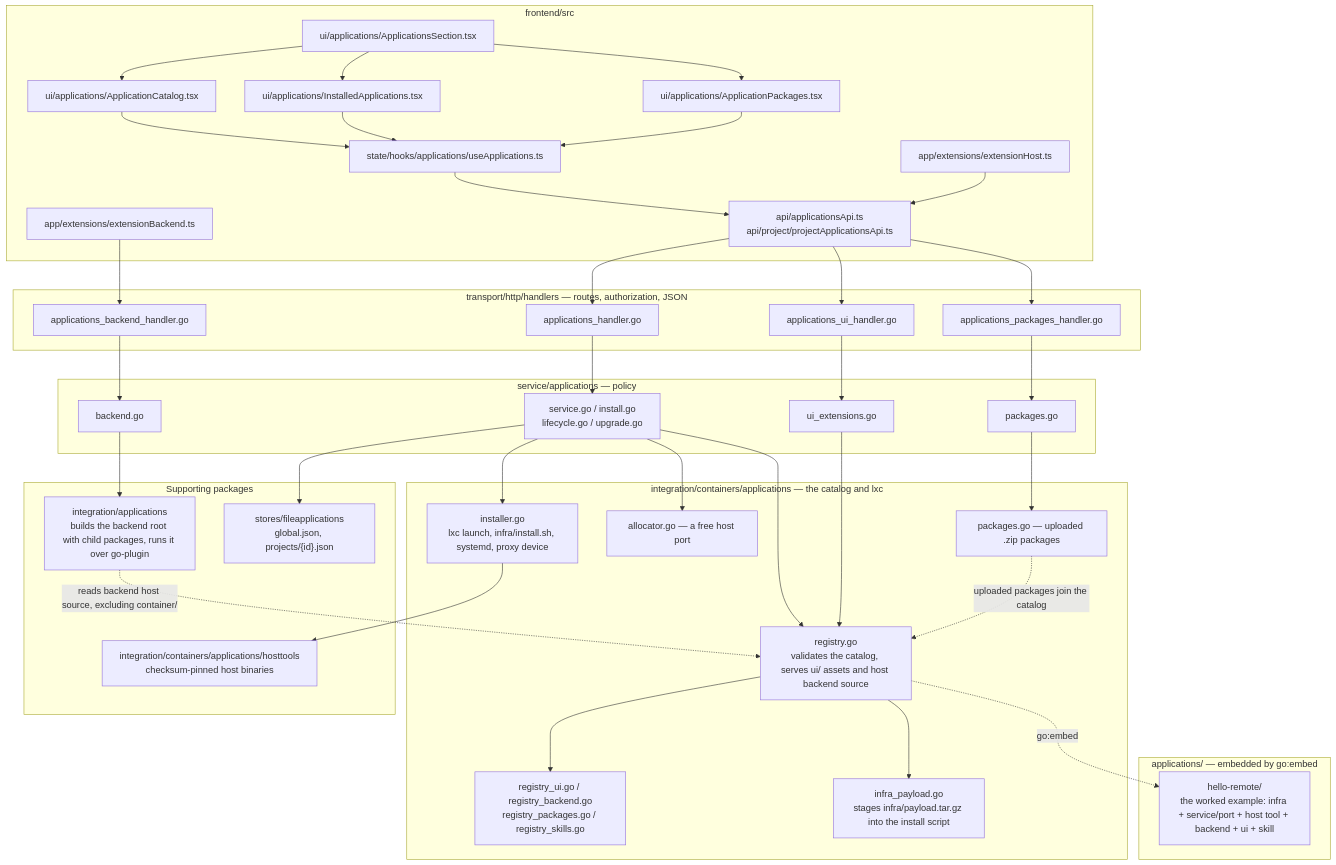
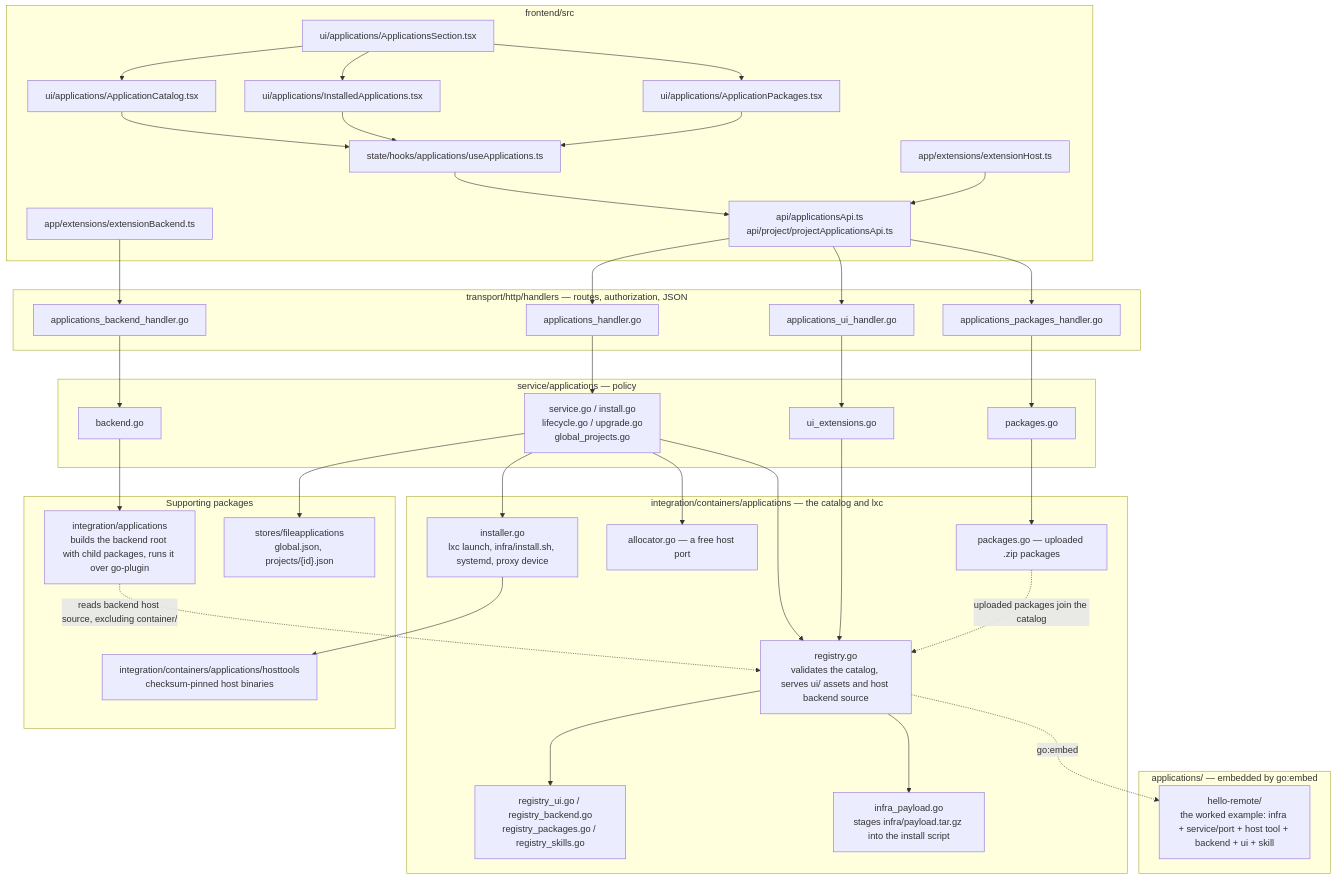
Before and after one commit to futrx-com/remote.futrx: the first of 2 diagrams in docs/dev/installable-applications/01-overview.md, drawn with Mermaid. The commit also changed other lines of this file and 3 other files, not shown here.

````diff
--- a/docs/dev/installable-applications/01-overview.md
+++ b/docs/dev/installable-applications/01-overview.md
@@ -142,79 +142,79 @@
 ```mermaid
 flowchart TB
     subgraph Frontend["frontend/src"]
         FE_Section["ui/applications/ApplicationsSection.tsx"]
         FE_Catalog["ui/applications/ApplicationCatalog.tsx"]
         FE_Installed["ui/applications/InstalledApplications.tsx"]
         FE_Packages["ui/applications/ApplicationPackages.tsx"]
         FE_Hook["state/hooks/applications/useApplications.ts"]
         FE_Api["api/applicationsApi.ts<br/>api/project/projectApplicationsApi.ts"]
         FE_ExtHost["app/extensions/extensionHost.ts"]
         FE_ExtBackend["app/extensions/extensionBackend.ts"]
     end
 
     subgraph HTTP["transport/http/handlers — routes, authorization, JSON"]
         H_Main["applications_handler.go"]
         H_UI["applications_ui_handler.go"]
         H_Backend["applications_backend_handler.go"]
         H_Packages["applications_packages_handler.go"]
     end
 
     subgraph Service["service/applications — policy"]
-        S_Service["service.go / install.go<br/>lifecycle.go / upgrade.go"]
+        S_Service["service.go / install.go<br/>lifecycle.go / upgrade.go<br/>global_projects.go"]
         S_UIExt["ui_extensions.go"]
         S_Backend["backend.go"]
         S_Packages["packages.go"]
     end
 
     subgraph Integration["integration/containers/applications — the catalog and lxc"]
         I_Registry["registry.go<br/>validates the catalog, serves ui/ assets and host backend source"]
         I_RegParts["registry_ui.go / registry_backend.go<br/>registry_packages.go / registry_skills.go"]
         I_Payload["infra_payload.go<br/>stages infra/payload.tar.gz into the install script"]
         I_Installer["installer.go<br/>lxc launch, infra/install.sh, systemd, proxy device"]
         I_Allocator["allocator.go — a free host port"]
         I_Packages["packages.go — uploaded .zip packages"]
     end
 
     subgraph Support["Supporting packages"]
         P_ApplicationHost["integration/applications<br/>builds the backend root with child packages, runs it over go-plugin"]
         P_FileApps["stores/fileapplications<br/>global.json, projects/{id}.json"]
         P_HostTools["integration/containers/applications/hosttools<br/>checksum-pinned host binaries"]
     end
 
     subgraph Catalog["applications/ — embedded by go:embed"]
         C_Hello["hello-remote/<br/>the worked example: infra + service/port + host tool + backend + ui + skill"]
     end
 
     FE_Section --> FE_Catalog
     FE_Section --> FE_Installed
     FE_Section --> FE_Packages
     FE_Catalog --> FE_Hook
     FE_Installed --> FE_Hook
     FE_Packages --> FE_Hook
     FE_Hook --> FE_Api
     FE_ExtHost --> FE_Api
     FE_Api --> H_Main
     FE_Api --> H_UI
     FE_Api --> H_Packages
     FE_ExtBackend --> H_Backend
 
     H_Main --> S_Service
     H_UI --> S_UIExt
     H_Backend --> S_Backend
     H_Packages --> S_Packages
 
     S_Service --> I_Registry
     S_Service --> I_Installer
     S_Service --> I_Allocator
     S_Service --> P_FileApps
     S_UIExt --> I_Registry
     S_Backend --> P_ApplicationHost
     S_Packages --> I_Packages
 
     I_Registry --> I_RegParts
     I_Registry --> I_Payload
     I_Registry -. go:embed .-> C_Hello
     I_Installer --> P_HostTools
     I_Packages -. uploaded packages join the catalog .-> I_Registry
     P_ApplicationHost -. reads backend host source, excluding container/ .-> I_Registry
 ```
````
